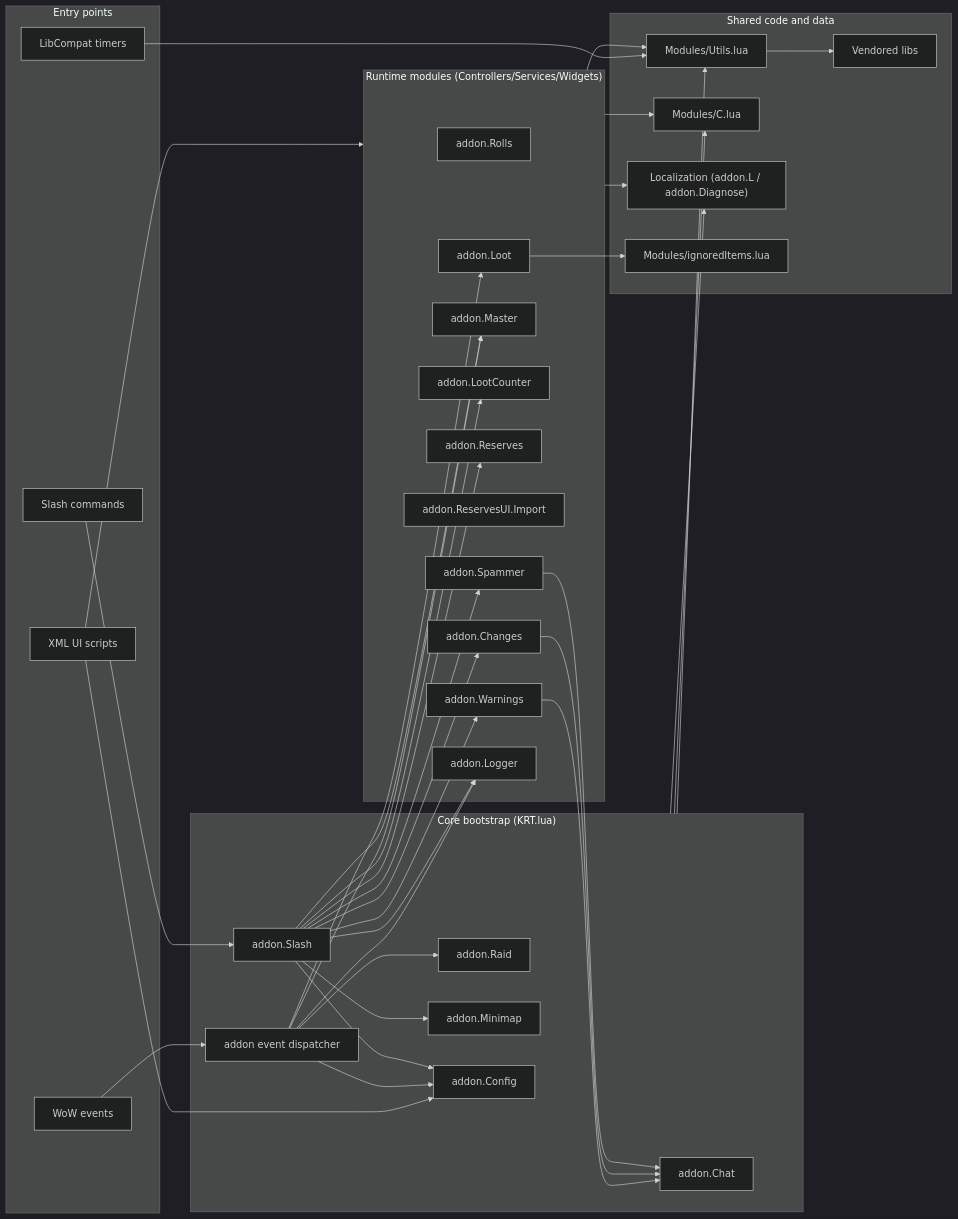
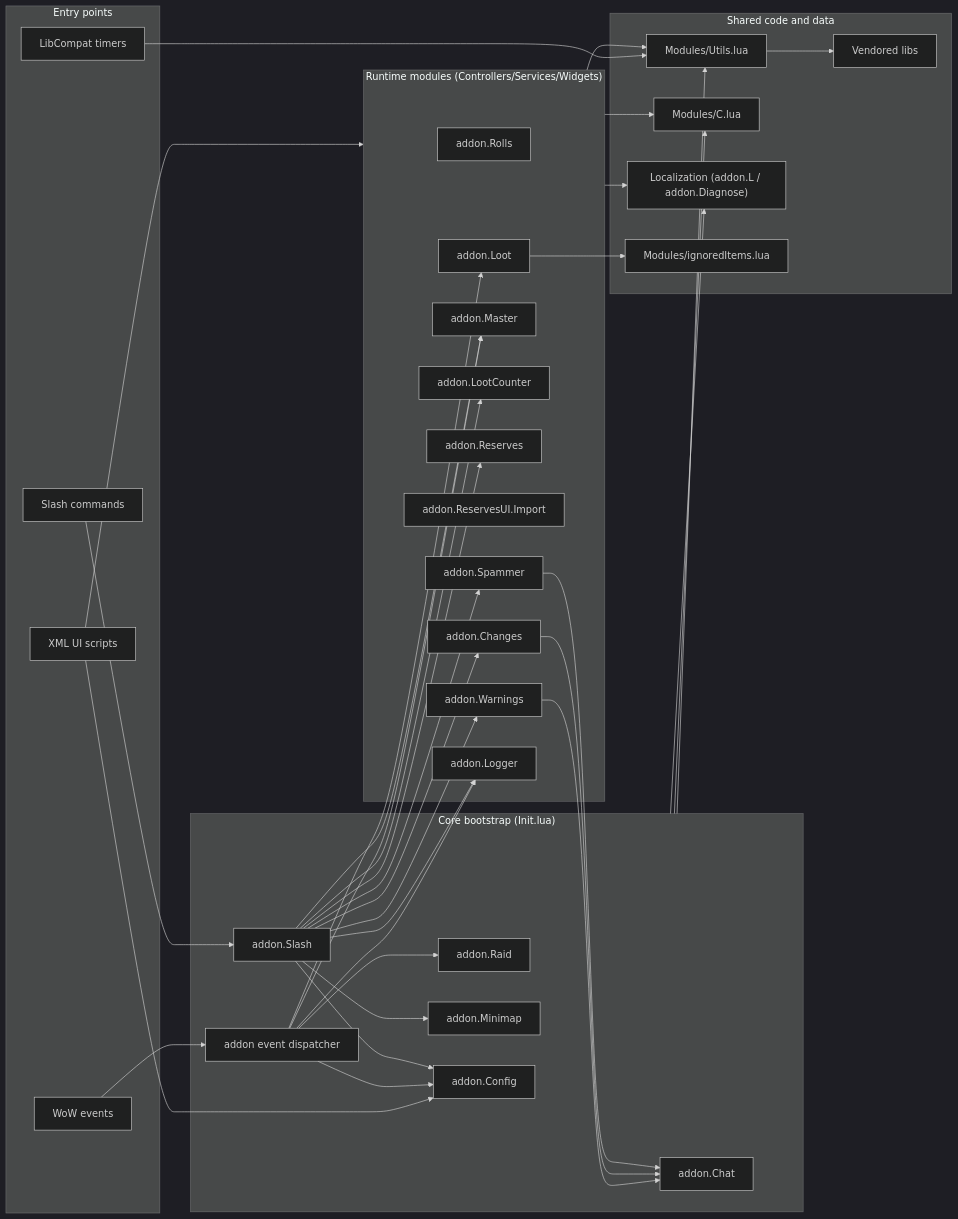
Before and after one commit to sk1zzovsmx/KRT-improved: the first of 2 diagrams in OVERVIEW.md, drawn with Mermaid (dark theme). The commit also changed other lines of this file and 21 other files, not shown here.

Commit message:
refactor: unify init bootstrap and root UI manifest

````diff
--- a/OVERVIEW.md
+++ b/OVERVIEW.md
@@ -63,74 +63,74 @@
 ```mermaid
 flowchart LR
   subgraph EP["Entry points"]
     WEV["WoW events"]
     XUI["XML UI scripts"]
     SLC["Slash commands"]
     TMR["LibCompat timers"]
   end
 
-  subgraph CORE["Core bootstrap (KRT.lua)"]
+  subgraph CORE["Core bootstrap (Init.lua)"]
     EVT["addon event dispatcher"]
     Slash["addon.Slash"]
     Raid["addon.Raid"]
     Chat["addon.Chat"]
     Minimap["addon.Minimap"]
     Config["addon.Config"]
   end
 
   subgraph FEATURES["Runtime modules (Controllers/Services/Widgets)"]
     Rolls["addon.Rolls"]
     Loot["addon.Loot"]
     Master["addon.Master"]
     LootCounter["addon.LootCounter"]
     Reserves["addon.Reserves"]
     ReservesImportWidget["addon.ReservesUI.Import"]
     Warnings["addon.Warnings"]
     Changes["addon.Changes"]
     Spammer["addon.Spammer"]
     Logger["addon.Logger"]
   end
 
   subgraph SHARED["Shared code and data"]
     Utils["Modules/Utils.lua"]
     Cmod["Modules/C.lua"]
     L10n["Localization (addon.L / addon.Diagnose)"]
     Ignored["Modules/ignoredItems.lua"]
     Libs["Vendored libs"]
   end
 
   WEV --> EVT
   XUI --> FEATURES
   XUI --> Config
   SLC --> Slash
   TMR --> Utils
 
   EVT --> Raid
   EVT --> Loot
   EVT --> Master
   EVT --> Logger
   EVT --> Config
 
   Slash --> Master
   Slash --> Reserves
   Slash --> LootCounter
   Slash --> Warnings
   Slash --> Changes
   Slash --> Spammer
   Slash --> Logger
   Slash --> Config
   Slash --> Minimap
 
   Warnings --> Chat
   Changes --> Chat
   Spammer --> Chat
 
   FEATURES --> Utils
   FEATURES --> Cmod
   FEATURES --> L10n
   CORE --> Utils
   CORE --> Cmod
   CORE --> L10n
   Loot --> Ignored
   Utils --> Libs
 ```
````
